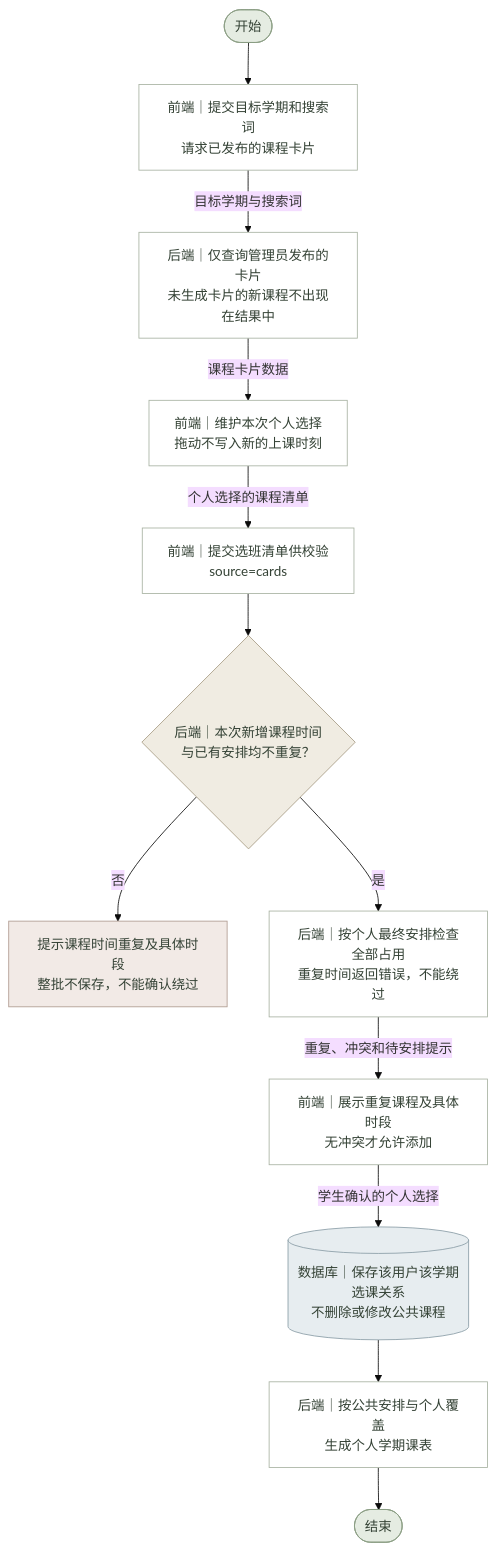
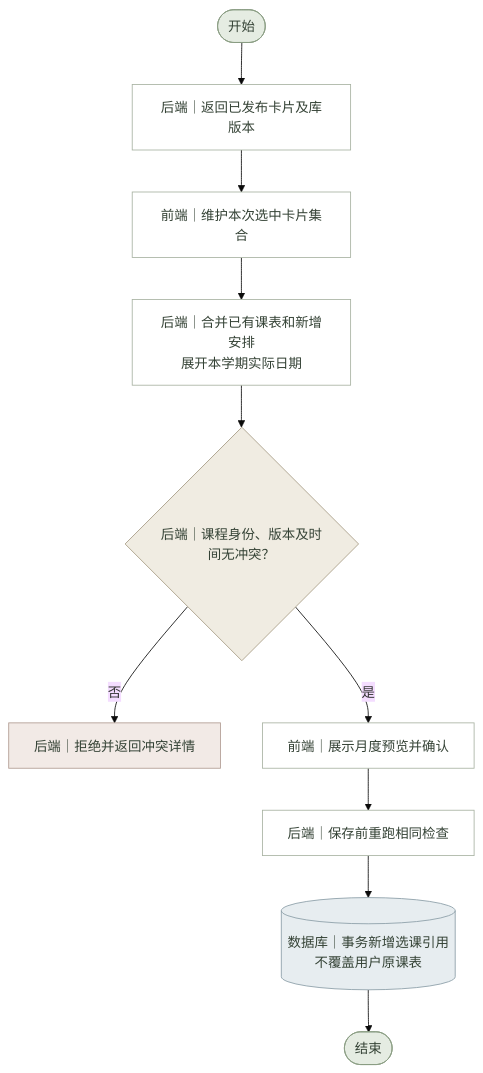
One commit to lichen-lc123/class-assistant changed the diagram in 需求文档/课表功能/流程图源文件/系统流程图/课程卡片自由组合.mmd. Above: the diagram before and after it, drawn with Mermaid (base theme). The commit also changed 157 other files, not shown here.

```diff
--- a/需求文档/课表功能/流程图源文件/系统流程图/课程卡片自由组合.mmd
+++ b/需求文档/课表功能/流程图源文件/系统流程图/课程卡片自由组合.mmd
@@ -1,42 +1,36 @@
-%% 课程卡片自由组合 · 系统流程图 · V1.0 · 2026-11-02
+%% 课程卡片自由组合 · 系统流程图 · 当前版 · 2026-11-09
 flowchart TD
     N0(["开始"])
-    N1["前端｜提交目标学期和搜索词<br/>请求已发布的课程卡片"]
-    N2["后端｜仅查询管理员发布的卡片<br/>未生成卡片的新课程不出现在结果中"]
-    N3["前端｜维护本次个人选择<br/>拖动不写入新的上课时刻"]
-    N4["前端｜提交选班清单供校验<br/>source=cards"]
-    N5{"后端｜本次新增课程时间<br/>与已有安排均不重复？"}
-    B5["提示课程时间重复及具体时段<br/>整批不保存，不能确认绕过"]
-    N6["后端｜按个人最终安排检查全部占用<br/>重复时间返回错误，不能绕过"]
-    N7["前端｜展示重复课程及具体时段<br/>无冲突才允许添加"]
-    N8[("数据库｜保存该用户该学期选课关系<br/>不删除或修改公共课程")]
-    N9["后端｜按公共安排与个人覆盖<br/>生成个人学期课表"]
-    N10(["结束"])
+    N1["后端｜返回已发布卡片及库版本"]
+    N2["前端｜维护本次选中卡片集合"]
+    N3["后端｜合并已有课表和新增安排<br/>展开本学期实际日期"]
+    N4{"后端｜课程身份、版本及时间无冲突？"}
+    B4["后端｜拒绝并返回冲突详情"]
+    N5["前端｜展示月度预览并确认"]
+    N6["后端｜保存前重跑相同检查"]
+    N7[("数据库｜事务新增选课引用<br/>不覆盖用户原课表")]
+    N8(["结束"])
     N0 --> N1
-    N1 -->|目标学期与搜索词| N2
-    N2 -->|课程卡片数据| N3
-    N3 -->|个人选择的课程清单| N4
-    N4 --> N5
-    N5 -->|否| B5
-    N5 -->|是| N6
-    N6 -->|重复、冲突和待安排提示| N7
-    N7 -->|学生确认的个人选择| N8
-    N8 --> N9
-    N9 --> N10
+    N1 --> N2
+    N2 --> N3
+    N3 --> N4
+    N4 -->|否| B4
+    N4 -->|是| N5
+    N5 --> N6
+    N6 --> N7
+    N7 --> N8
     classDef normal fill:#FFFFFF,stroke:#A8B2A2,color:#344235;
     classDef decision fill:#F0ECE2,stroke:#A69B83,color:#344235;
     classDef terminal fill:#E5ECE2,stroke:#8A9D82,color:#344235;
     classDef exception fill:#F2EAE6,stroke:#B09B91,color:#344235;
     classDef database fill:#E7EDF0,stroke:#8A9CA6,color:#344235;
     class N0 terminal;
     class N1 normal;
     class N2 normal;
     class N3 normal;
-    class N4 normal;
-    class N5 decision;
-    class B5 exception;
+    class N4 decision;
+    class B4 exception;
+    class N5 normal;
     class N6 normal;
-    class N7 normal;
-    class N8 database;
-    class N9 normal;
-    class N10 terminal;
+    class N7 database;
+    class N8 terminal;
```
